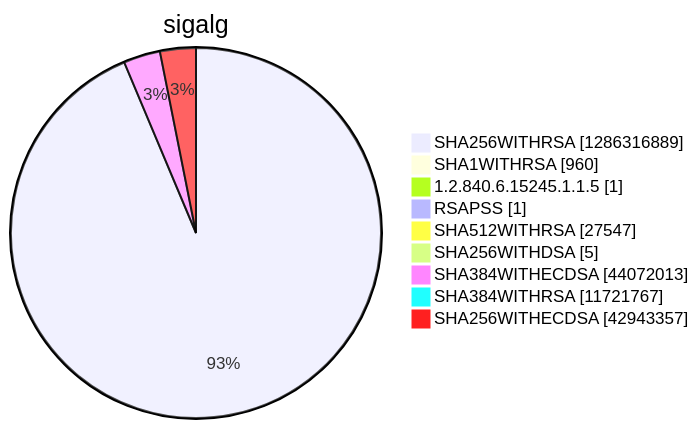
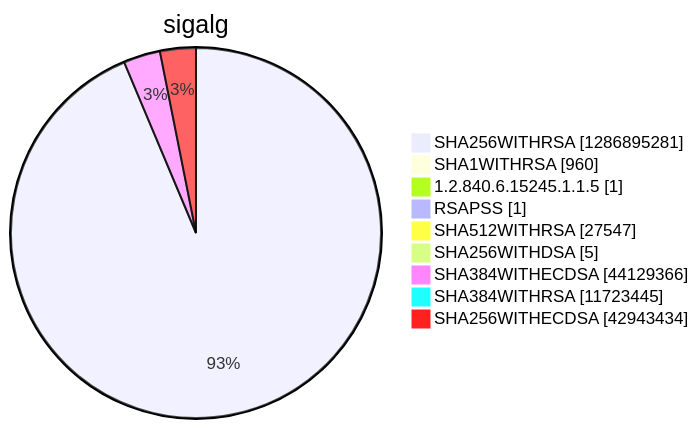
Before and after one commit to christiankrug/ctmonitor_visualization: diagram 15 of 15 in argon2022/README.md, drawn with Mermaid. The commit also changed other lines of this file, not shown here.

````diff
--- a/argon2022/README.md
+++ b/argon2022/README.md
@@ -5523,13 +5523,13 @@
 ```mermaid
 pie showData
 title sigalg
-"SHA256WITHRSA" :1286316889
+"SHA256WITHRSA" :1286895281
 "SHA1WITHRSA" :960
 "1.2.840.6.15245.1.1.5" :1
 "RSAPSS" :1
 "SHA512WITHRSA" :27547
 "SHA256WITHDSA" :5
-"SHA384WITHECDSA" :44072013
-"SHA384WITHRSA" :11721767
-"SHA256WITHECDSA" :42943357
+"SHA384WITHECDSA" :44129366
+"SHA384WITHRSA" :11723445
+"SHA256WITHECDSA" :42943434
 ```
````
